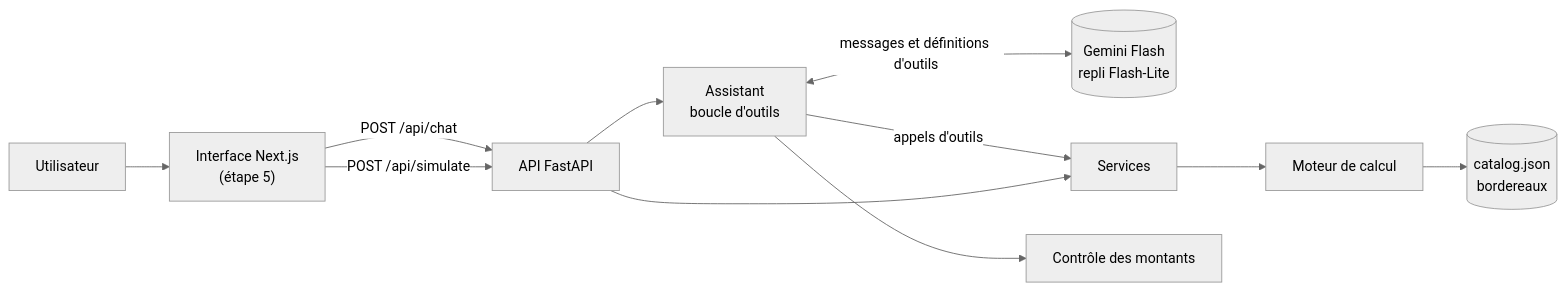
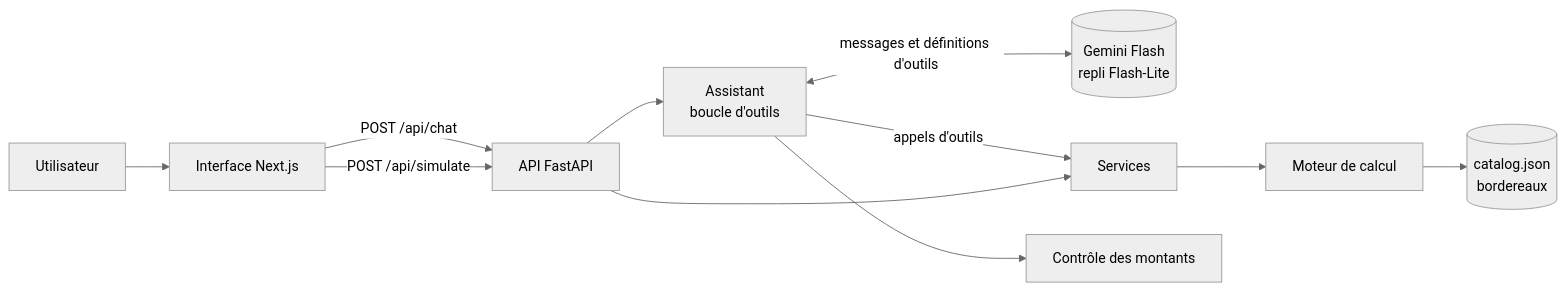
One commit to Ayreon69/commission-copilot changed the diagram in docs/ARCHITECTURE.md. Above: the diagram before and after it, drawn with Mermaid (neutral theme). The commit also changed 37 other files, not shown here.

First line of the commit message:
Étape 5 : interface Next.js (assistant en streaming, panneau Sous le capot, simulateur)

````diff
--- a/docs/ARCHITECTURE.md
+++ b/docs/ARCHITECTURE.md
@@ -5,13 +5,13 @@
 ```mermaid
 flowchart LR
-    U[Utilisateur] --> W["Interface Next.js<br/>(étape 5)"]
+    U[Utilisateur] --> W["Interface Next.js"]
     W -->|POST /api/chat| API[API FastAPI]
     W -->|POST /api/simulate| API
     API --> AS[Assistant<br/>boucle d'outils]
     AS <-->|messages et définitions d'outils| LLM[("Gemini Flash<br/>repli Flash-Lite")]
     AS -->|appels d'outils| SV[Services]
     API --> SV
     SV --> EN[Moteur de calcul]
     EN --> DATA[("catalog.json<br/>bordereaux")]
     AS --> GD[Contrôle des montants]
 ```
````
